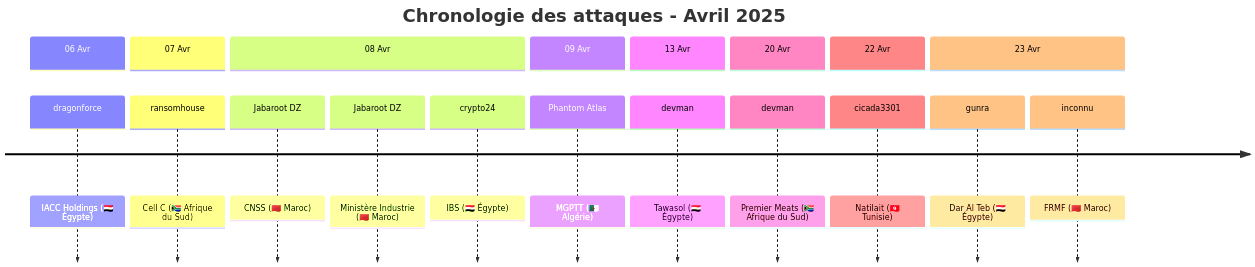
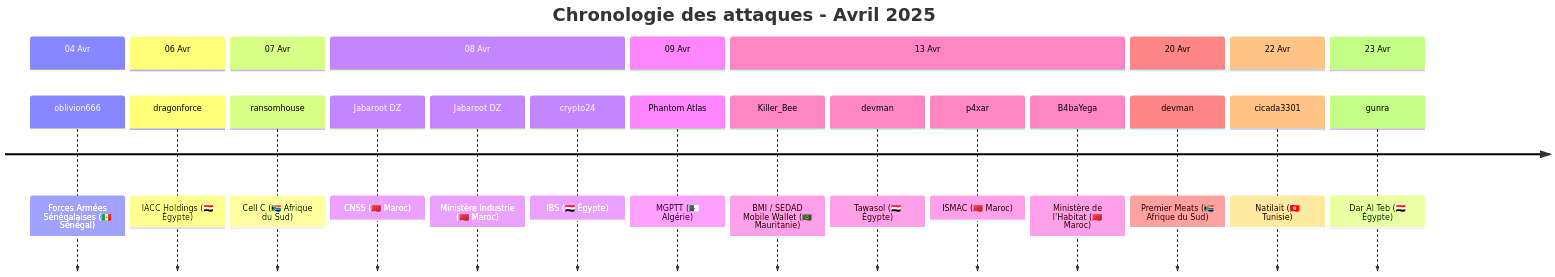
The fifth of 5 diagrams in CyberAttackAfrica/2025/04-april/README_FR.md (Hatchepsoute/AFRINTEL), drawn with Mermaid before and after one commit. The commit also changed other lines of this file and 255 other files, not shown here.

````diff
--- a/CyberAttackAfrica/2025/04-april/README_FR.md
+++ b/CyberAttackAfrica/2025/04-april/README_FR.md
@@ -148,23 +176,27 @@
 ```mermaid
 timeline
     title Chronologie des attaques - Avril 2025
+    section 04 Avr
+        oblivion666 : Forces Armées Sénégalaises (🇸🇳 Sénégal)
     section 06 Avr
         dragonforce : IACC Holdings (🇪🇬 Égypte)
     section 07 Avr
         ransomhouse : Cell C (🇿🇦 Afrique du Sud)
     section 08 Avr
         Jabaroot DZ : CNSS (🇲🇦 Maroc)
         Jabaroot DZ : Ministère Industrie (🇲🇦 Maroc)
         crypto24 : IBS (🇪🇬  Égypte)
     section 09 Avr
         Phantom Atlas : MGPTT (🇩🇿 Algérie)
     section 13 Avr
+        Killer_Bee : BMI / SEDAD Mobile Wallet (🇲🇷 Mauritanie)
         devman : Tawasol (🇪🇬 Égypte)
+        p4xar : ISMAC (🇲🇦 Maroc)
+        B4baYega : Ministère de l'Habitat (🇲🇦 Maroc)
     section 20 Avr
         devman : Premier Meats (🇿🇦 Afrique du Sud)
     section 22 Avr
         cicada3301 : Natilait (🇹🇳 Tunisie)
     section 23 Avr
         gunra : Dar Al Teb (🇪🇬 Égypte)
-        inconnu : FRMF (🇲🇦 Maroc)
 ```
````
